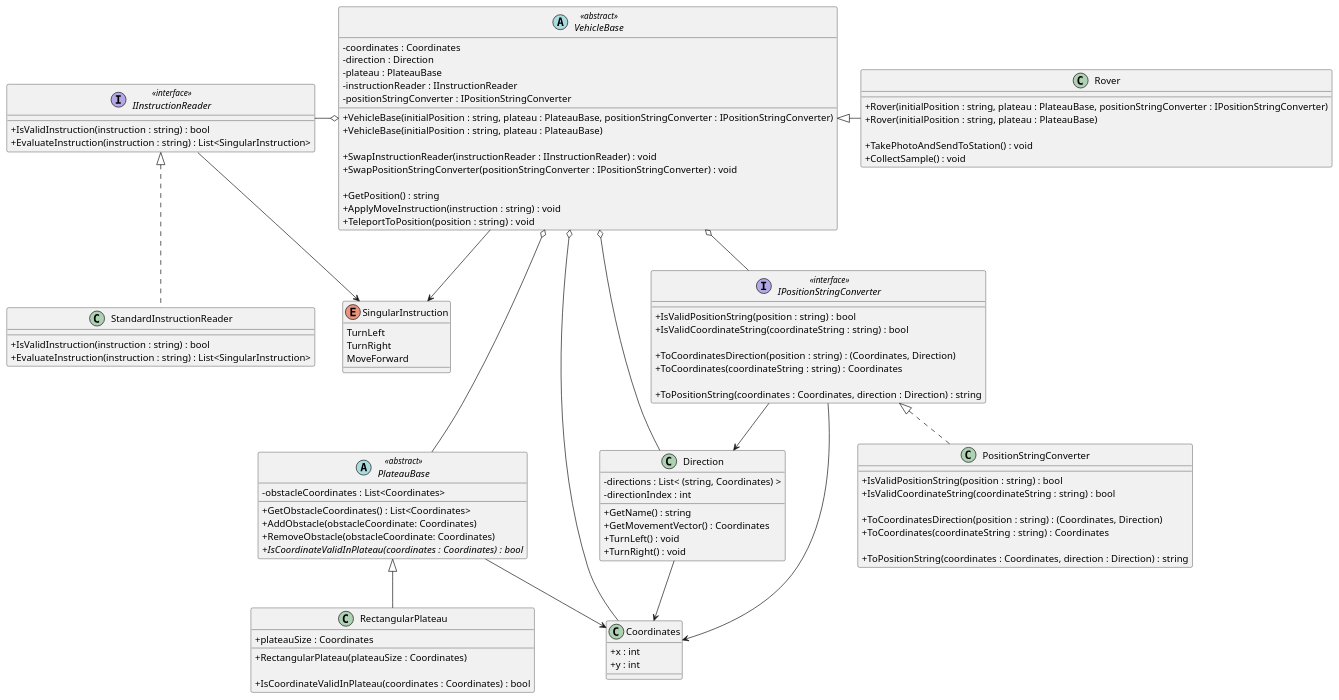
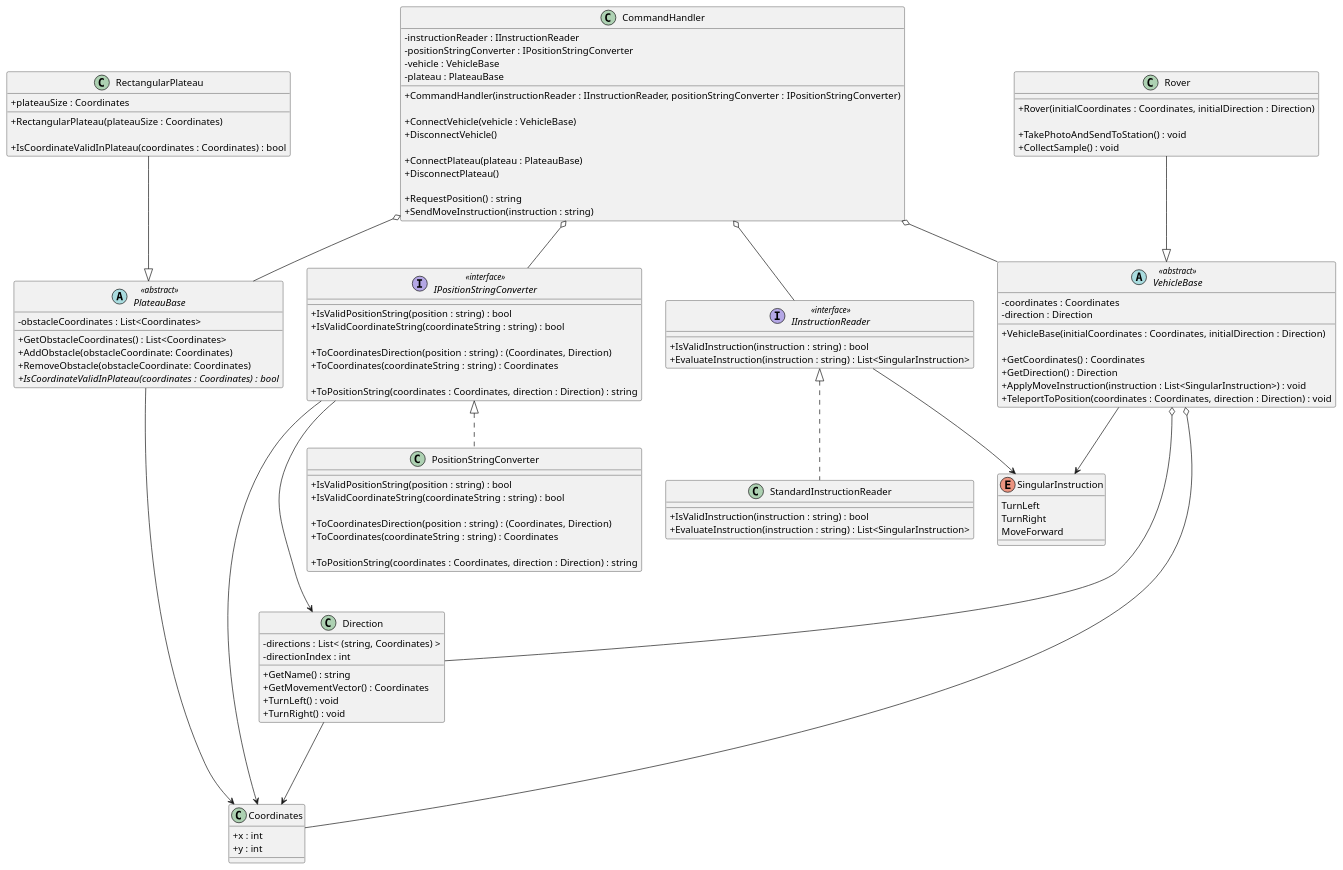
The diagram in puml/MarsRoverChallenge.puml (iamfranco/MarsRoverChallenge), drawn with PlantUML before and after one commit. The commit also changed 1 other file, not shown here.

Commit message:
UML: add CommandHandler class and move VehicleBase command related members into it

```diff
--- a/puml/MarsRoverChallenge.puml
+++ b/puml/MarsRoverChallenge.puml
@@ -1,130 +1,143 @@
 @startuml "Mars Rover Challenge"
 skinparam classAttributeIconSize 0
 
 interface IInstructionReader <<interface>>
 {
   + IsValidInstruction(instruction : string) : bool
   + EvaluateInstruction(instruction : string) : List<SingularInstruction>
 }
 
 enum SingularInstruction
 {
   TurnLeft
   TurnRight
   MoveForward
 }
 
 class StandardInstructionReader
 {
   + IsValidInstruction(instruction : string) : bool
   + EvaluateInstruction(instruction : string) : List<SingularInstruction>
 }
 
 abstract PlateauBase <<abstract>>
 {
   - obstacleCoordinates : List<Coordinates>
 
   + GetObstacleCoordinates() : List<Coordinates>
   + AddObstacle(obstacleCoordinate: Coordinates)
   + RemoveObstacle(obstacleCoordinate: Coordinates)
   {abstract} + IsCoordinateValidInPlateau(coordinates : Coordinates) : bool
 }
 
 class RectangularPlateau
 {
   + plateauSize : Coordinates
 
   + RectangularPlateau(plateauSize : Coordinates)
 
   + IsCoordinateValidInPlateau(coordinates : Coordinates) : bool
 }
 
 class Coordinates
 {
   + x : int
   + y : int
 }
 
 class Direction
 {
   - directions : List< &#40;string, Coordinates&#41; >
   - directionIndex : int
 
   + GetName() : string
   + GetMovementVector() : Coordinates
   + TurnLeft() : void
   + TurnRight() : void
 }
 
 interface IPositionStringConverter <<interface>>
 {
   + IsValidPositionString(position : string) : bool
   + IsValidCoordinateString(coordinateString : string) : bool
 
   + ToCoordinatesDirection(position : string) : (Coordinates, Direction)
   + ToCoordinates(coordinateString : string) : Coordinates
 
   + ToPositionString(coordinates : Coordinates, direction : Direction) : string
 }
 
 class PositionStringConverter
 {
   + IsValidPositionString(position : string) : bool
   + IsValidCoordinateString(coordinateString : string) : bool
 
   + ToCoordinatesDirection(position : string) : (Coordinates, Direction)
   + ToCoordinates(coordinateString : string) : Coordinates
 
   + ToPositionString(coordinates : Coordinates, direction : Direction) : string
 }
 
 abstract VehicleBase <<abstract>>
 {
   - coordinates : Coordinates
   - direction : Direction
-  - plateau : PlateauBase
-  - instructionReader : IInstructionReader
-  - positionStringConverter : IPositionStringConverter
 
-  + VehicleBase(initialPosition : string, plateau : PlateauBase, positionStringConverter : IPositionStringConverter)
-  + VehicleBase(initialPosition : string, plateau : PlateauBase)
+  + VehicleBase(initialCoordinates : Coordinates, initialDirection : Direction)
 
-  + SwapInstructionReader(instructionReader : IInstructionReader) : void
-  + SwapPositionStringConverter(positionStringConverter : IPositionStringConverter) : void
-  
-  + GetPosition() : string
-  + ApplyMoveInstruction(instruction : string) : void
-  + TeleportToPosition(position : string) : void
+  + GetCoordinates() : Coordinates
+  + GetDirection() : Direction
+  + ApplyMoveInstruction(instruction : List<SingularInstruction>) : void
+  + TeleportToPosition(coordinates : Coordinates, direction : Direction) : void
 }
 
 class Rover
 {
-  + Rover(initialPosition : string, plateau : PlateauBase, positionStringConverter : IPositionStringConverter)
-  + Rover(initialPosition : string, plateau : PlateauBase)
+  + Rover(initialCoordinates : Coordinates, initialDirection : Direction)
 
   + TakePhotoAndSendToStation() : void
   + CollectSample() : void
 }
 
-IInstructionReader -> SingularInstruction
+class CommandHandler
+{
+  - instructionReader : IInstructionReader
+  - positionStringConverter : IPositionStringConverter
+  - vehicle : VehicleBase
+  - plateau : PlateauBase
+
+  + CommandHandler(instructionReader : IInstructionReader, positionStringConverter : IPositionStringConverter)
+  
+  + ConnectVehicle(vehicle : VehicleBase)
+  + DisconnectVehicle()
+
+  + ConnectPlateau(plateau : PlateauBase)
+  + DisconnectPlateau()
+
+  + RequestPosition() : string
+  + SendMoveInstruction(instruction : string)
+}
+
+CommandHandler o-- IInstructionReader
+CommandHandler o-- IPositionStringConverter
+CommandHandler o-- VehicleBase
+CommandHandler o-- PlateauBase
+
+IInstructionReader --> SingularInstruction
 IInstructionReader <|.. StandardInstructionReader 
-PlateauBase <|-- RectangularPlateau
+
+VehicleBase <|-u- Rover
+VehicleBase --> SingularInstruction
+VehicleBase o--- Direction
+VehicleBase o---- Coordinates
 
 IPositionStringConverter <|.. PositionStringConverter
+IPositionStringConverter ---> Direction
+IPositionStringConverter ----> Coordinates
 
-VehicleBase <|-r- Rover
+PlateauBase <|-u- RectangularPlateau
+PlateauBase -----> Coordinates
 
-PlateauBase --> Coordinates
-Direction --> Coordinates
-IPositionStringConverter --> Coordinates
-IPositionStringConverter --> Direction
-
-VehicleBase o-- Coordinates
-VehicleBase o-- Direction
-VehicleBase o--- PlateauBase
-VehicleBase o-l IInstructionReader
-VehicleBase o-- IPositionStringConverter
-
-VehicleBase --> SingularInstruction
+Direction --> Coordinates 
 
 @enduml
```
